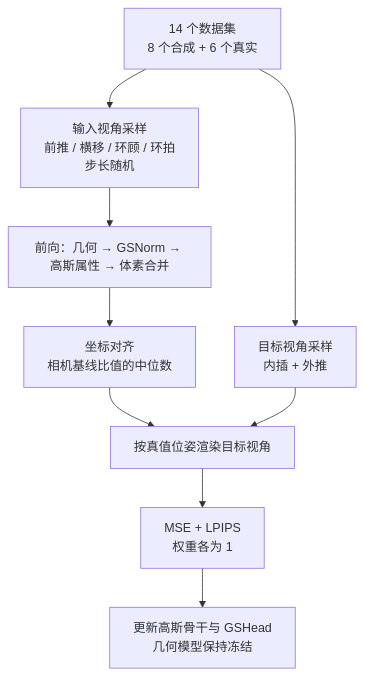
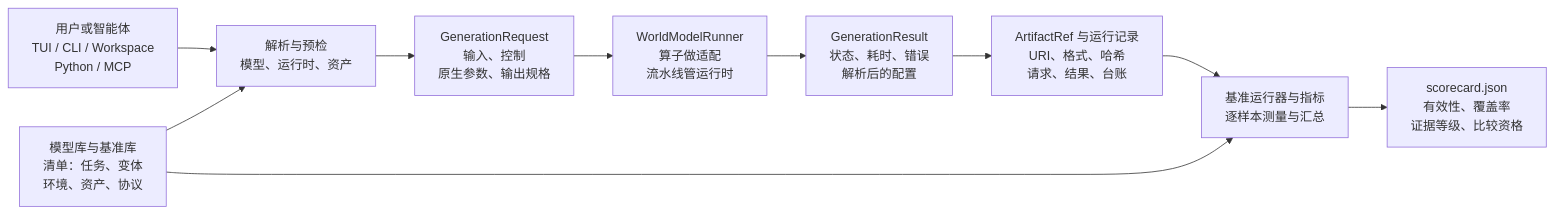
The fifth of 5 diagrams in docs/index.md (yingwang/paper-reads), drawn with Mermaid before and after one commit. The commit also changed other lines of this file and 2 other files, not shown here.

First line of the commit message:
Add 2026-11-10-worldfoundry-unified-infrastructure-world-intelligence

````diff
--- a/docs/index.md
+++ b/docs/index.md
@@ -166,11 +241,12 @@
 ```mermaid
-flowchart TD
-    S1["14 个数据集<br/>8 个合成 + 6 个真实"] --> S2["输入视角采样<br/>前推 / 横移 / 环顾 / 环拍<br/>步长随机"]
-    S1 --> S3["目标视角采样<br/>内插 + 外推"]
-    S2 --> F["前向：几何 → GSNorm → 高斯属性 → 体素合并"]
-    F --> A["坐标对齐<br/>相机基线比值的中位数"]
-    A --> R["按真值位姿渲染目标视角"]
-    S3 --> R
-    R --> L["MSE + LPIPS<br/>权重各为 1"]
-    L --> U["更新高斯骨干与 GSHead<br/>几何模型保持冻结"]
+flowchart LR
+    U["用户或智能体<br/>TUI / CLI / Workspace<br/>Python / MCP"] --> R["解析与预检<br/>模型、运行时、资产"]
+    M["模型库与基准库<br/>清单：任务、变体<br/>环境、资产、协议"] --> R
+    R --> GR["GenerationRequest<br/>输入、控制<br/>原生参数、输出规格"]
+    GR --> W["WorldModelRunner<br/>算子做适配<br/>流水线管运行时"]
+    W --> RES["GenerationResult<br/>状态、耗时、错误<br/>解析后的配置"]
+    RES --> AR["ArtifactRef 与运行记录<br/>URI、格式、哈希<br/>请求、结果、台账"]
+    AR --> EV["基准运行器与指标<br/>逐样本测量与汇总"]
+    M --> EV
+    EV --> SC["scorecard.json<br/>有效性、覆盖率<br/>证据等级、比较资格"]
 ```
````
